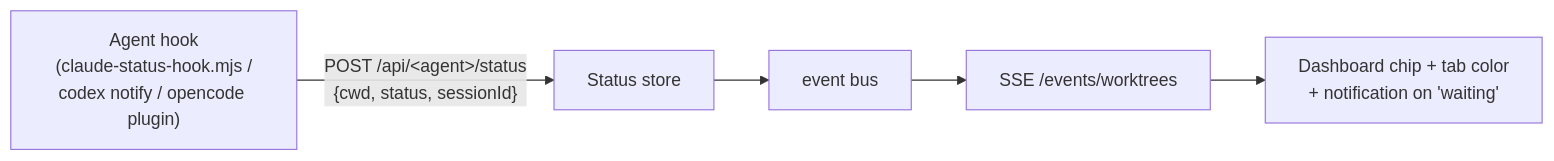
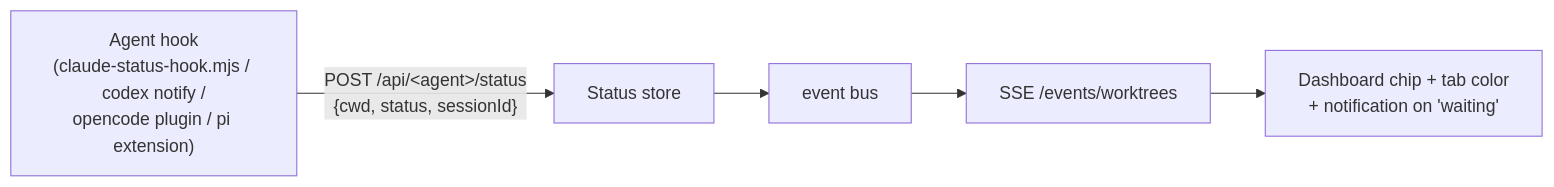
The fourth of 4 diagrams in docs/ARCHITECTURE.md (strado-io/strado), drawn with Mermaid before and after one commit. The commit also changed other lines of this file and 81 other files, not shown here.

````diff
--- a/docs/ARCHITECTURE.md
+++ b/docs/ARCHITECTURE.md
@@ -343,7 +345,7 @@
 ```mermaid
 flowchart LR
-    hook["Agent hook<br/>(claude-status-hook.mjs /<br/>codex notify / opencode plugin)"]
+    hook["Agent hook<br/>(claude-status-hook.mjs / codex notify /<br/>opencode plugin / pi extension)"]
     -->|"POST /api/&lt;agent&gt;/status<br/>{cwd, status, sessionId}"| store["Status store"]
     --> bus["event bus"] --> sse["SSE /events/worktrees"]
     --> ui["Dashboard chip + tab color<br/>+ notification on 'waiting'"]
 ```
````
